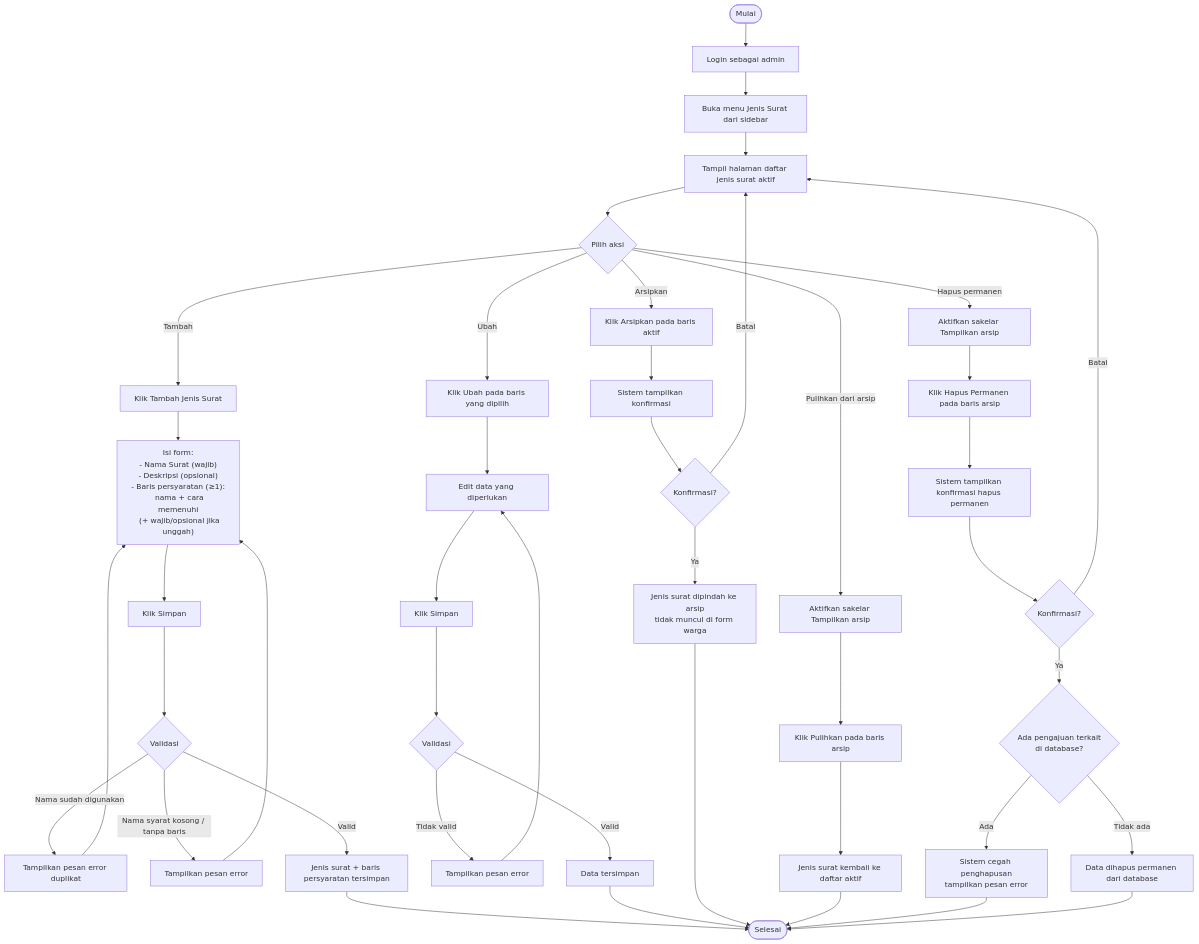
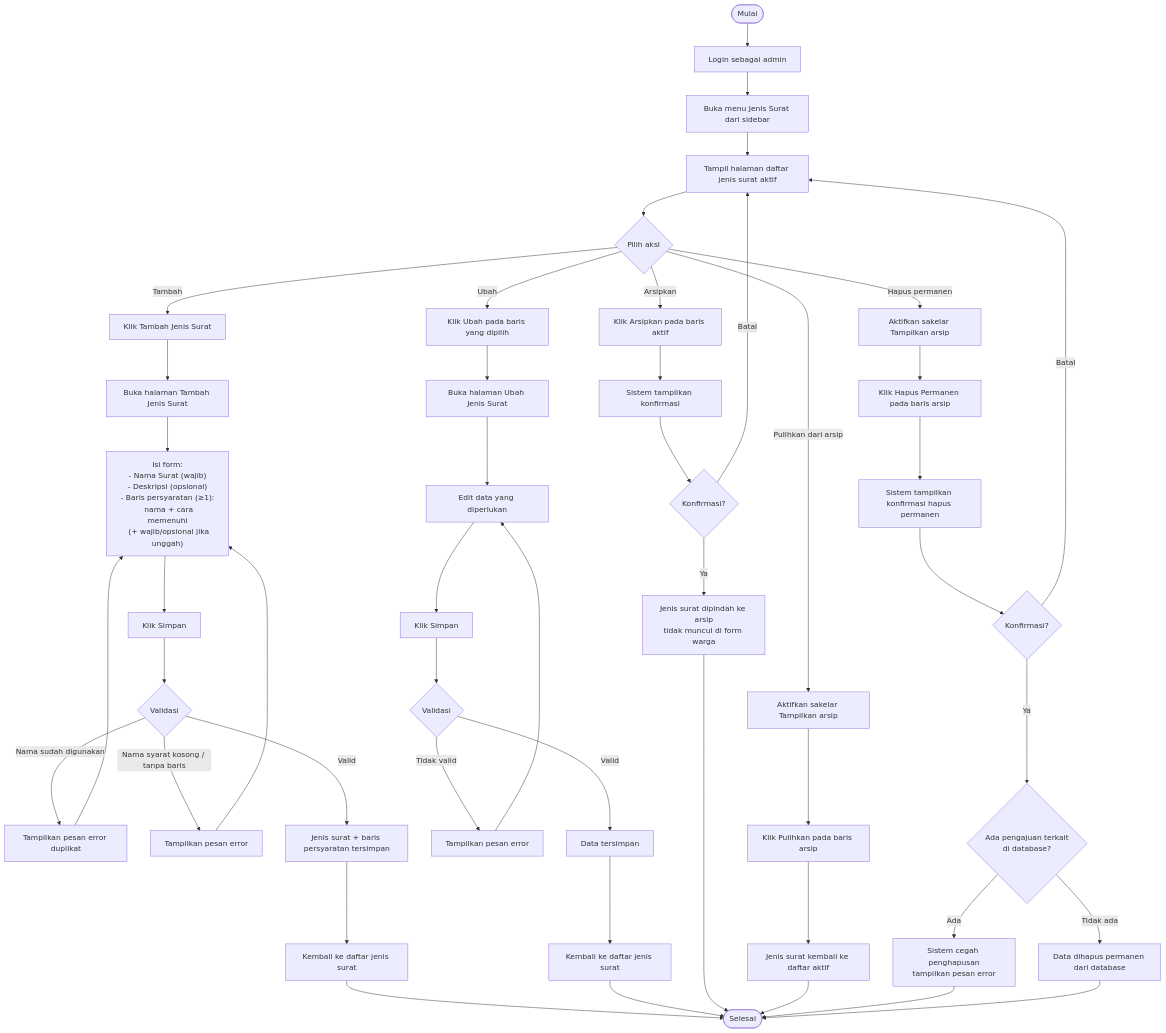
One commit to ZulfikarHD/sistem-desa changed the diagram in docs/user-docs/diagrams/activity/ad-10-kelola-jenis-surat.md. Above: the diagram before and after it, drawn with Mermaid. The commit also changed other lines of this file and 18 other files, not shown here.

First line of the commit message:
refactor(jenis-surat): pindah form tambah/ubah ke halaman khusus

````diff
--- a/docs/user-docs/diagrams/activity/ad-10-kelola-jenis-surat.md
+++ b/docs/user-docs/diagrams/activity/ad-10-kelola-jenis-surat.md
@@ -23,55 +23,59 @@
 ```mermaid
 flowchart TD
     Start([Mulai]) --> A[Login sebagai admin]
     A --> B[Buka menu Jenis Surat dari sidebar]
     B --> C[Tampil halaman daftar jenis surat aktif]
     C --> D{Pilih aksi}
 
     %% TAMBAH
     D -->|"Tambah"| E[Klik Tambah Jenis Surat]
-    E --> F["Isi form:\n- Nama Surat (wajib)\n- Deskripsi (opsional)\n- Baris persyaratan (≥1):\n  nama + cara memenuhi\n  (+ wajib/opsional jika unggah)"]
+    E --> E2[Buka halaman Tambah Jenis Surat]
+    E2 --> F["Isi form:\n- Nama Surat (wajib)\n- Deskripsi (opsional)\n- Baris persyaratan (≥1):\n  nama + cara memenuhi\n  (+ wajib/opsional jika unggah)"]
     F --> G[Klik Simpan]
     G --> H{Validasi}
     H -->|"Nama sudah digunakan"| I1[Tampilkan pesan error duplikat]
     I1 --> F
     H -->|"Nama syarat kosong / tanpa baris"| I2[Tampilkan pesan error]
     I2 --> F
     H -->|"Valid"| J[Jenis surat + baris persyaratan tersimpan]
-    J --> End([Selesai])
+    J --> J2[Kembali ke daftar jenis surat]
+    J2 --> End([Selesai])
 
     %% UBAH
     D -->|"Ubah"| K[Klik Ubah pada baris yang dipilih]
-    K --> L[Edit data yang diperlukan]
+    K --> K2[Buka halaman Ubah Jenis Surat]
+    K2 --> L[Edit data yang diperlukan]
     L --> M[Klik Simpan]
     M --> N{Validasi}
     N -->|"Tidak valid"| O[Tampilkan pesan error]
     O --> L
     N -->|"Valid"| P[Data tersimpan]
-    P --> End
+    P --> P2[Kembali ke daftar jenis surat]
+    P2 --> End
 
     %% ARSIPKAN
     D -->|"Arsipkan"| Q[Klik Arsipkan pada baris aktif]
     Q --> R[Sistem tampilkan konfirmasi]
     R --> S{Konfirmasi?}
     S -->|"Batal"| C
     S -->|"Ya"| T[Jenis surat dipindah ke arsip\ntidak muncul di form warga]
     T --> End
 
     %% PULIHKAN
     D -->|"Pulihkan dari arsip"| U[Aktifkan sakelar Tampilkan arsip]
     U --> V[Klik Pulihkan pada baris arsip]
     V --> W[Jenis surat kembali ke daftar aktif]
     W --> End
 
     %% HAPUS PERMANEN
     D -->|"Hapus permanen"| X[Aktifkan sakelar Tampilkan arsip]
     X --> Y[Klik Hapus Permanen pada baris arsip]
     Y --> Z[Sistem tampilkan konfirmasi hapus permanen]
     Z --> AA{Konfirmasi?}
     AA -->|"Batal"| C
     AA -->|"Ya"| AB{Ada pengajuan terkait\ndi database?}
     AB -->|"Ada"| AC[Sistem cegah penghapusan\ntampilkan pesan error]
     AC --> End
     AB -->|"Tidak ada"| AD[Data dihapus permanen dari database]
     AD --> End
 ```
````
